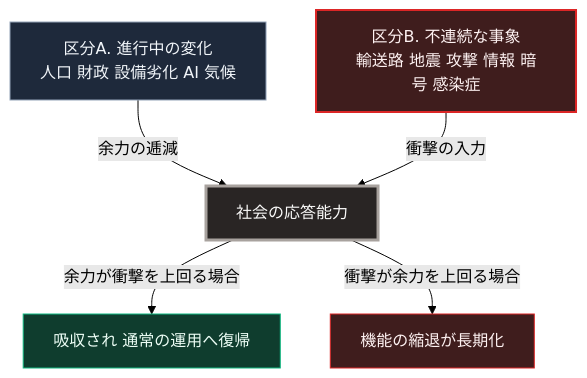
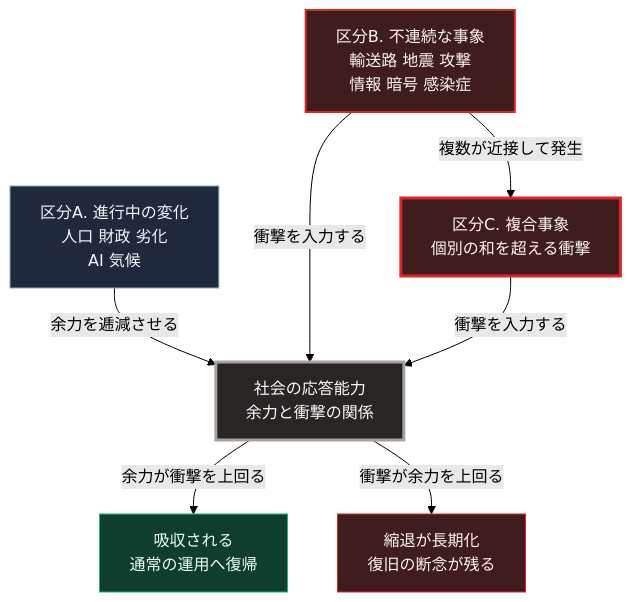
One commit to Takenori-Kusaka/zenn-content changed the diagram in books/sovereign-resilience-blueprint/event-risk-catalog.md. Above: the diagram before and after it, drawn with Mermaid (forest theme). The commit also changed other lines of this file and 114 other files, not shown here.

````diff
--- a/books/sovereign-resilience-blueprint/event-risk-catalog.md
+++ b/books/sovereign-resilience-blueprint/event-risk-catalog.md
@@ -155,16 +155,18 @@
 ```mermaid
 flowchart TD
-    A[区分A. 進行中の変化<br>人口 財政 設備劣化 AI 気候]
-    B[区分B. 不連続な事象<br>輸送路 地震 攻撃 情報 暗号 感染症]
-
-    A -->|余力の逓減| S[社会の応答能力]
-    B -->|衝撃の入力| S
-    S -->|余力が衝撃を上回る場合| R1[吸収され 通常の運用へ復帰]
-    S -->|衝撃が余力を上回る場合| R2[機能の縮退が長期化]
+    A[区分A. 進行中の変化<br>人口 財政 劣化<br>AI 気候]
+    B[区分B. 不連続な事象<br>輸送路 地震 攻撃<br>情報 暗号 感染症]
+    B -->|複数が近接して発生| C[区分C. 複合事象<br>個別の和を超える衝撃]
+    A -->|余力を逓減させる| S[社会の応答能力<br>余力と衝撃の関係]
+    B -->|衝撃を入力する| S
+    C -->|衝撃を入力する| S
+    S -->|余力が衝撃を上回る| R1[吸収される<br>通常の運用へ復帰]
+    S -->|衝撃が余力を上回る| R2[縮退が長期化<br>復旧の断念が残る]
 
     style A fill:#1e293b,stroke:#94a3b8,color:#f1f5f9
     style B fill:#3f1d1d,stroke:#dc2626,stroke-width:2px,color:#fef2f2
+    style C fill:#3f1d1d,stroke:#dc2626,stroke-width:3px,color:#fef2f2
     style S fill:#292524,stroke:#a8a29e,stroke-width:3px,color:#fafaf9
     style R1 fill:#0f3d2e,stroke:#10b981,color:#ecfdf5
     style R2 fill:#3f1d1d,stroke:#dc2626,color:#fef2f2
 ```
````
